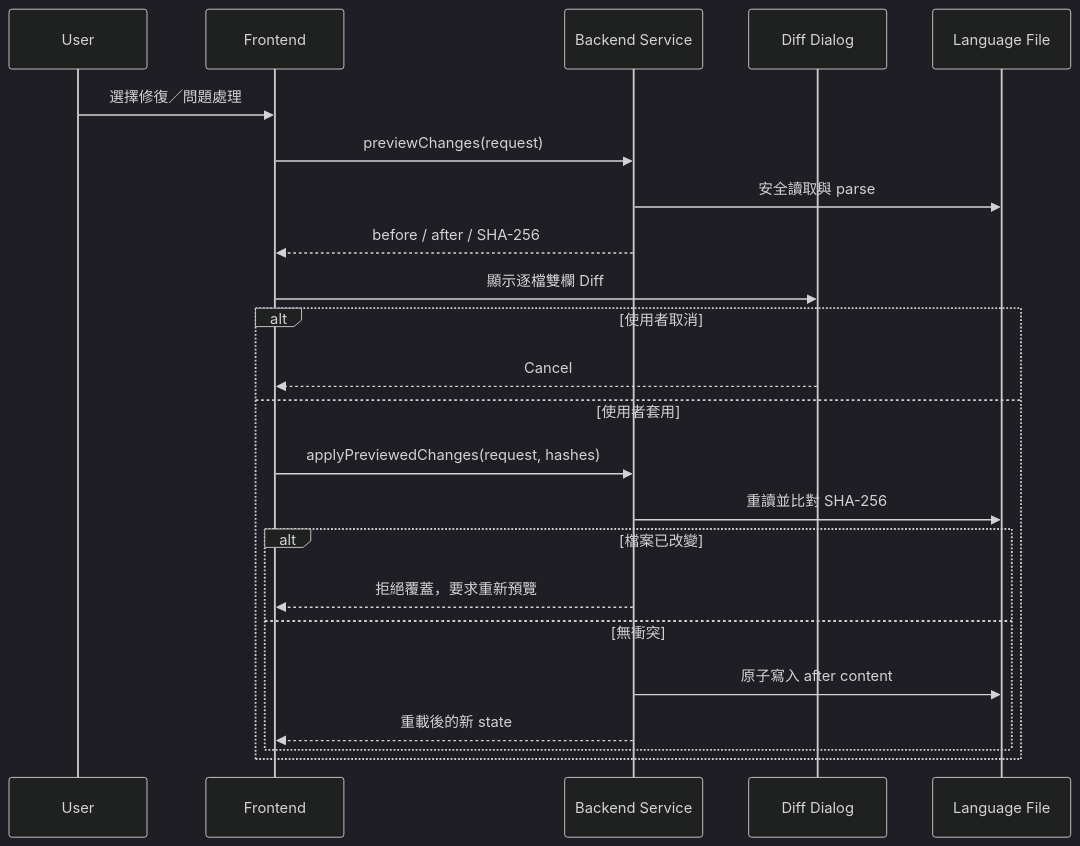
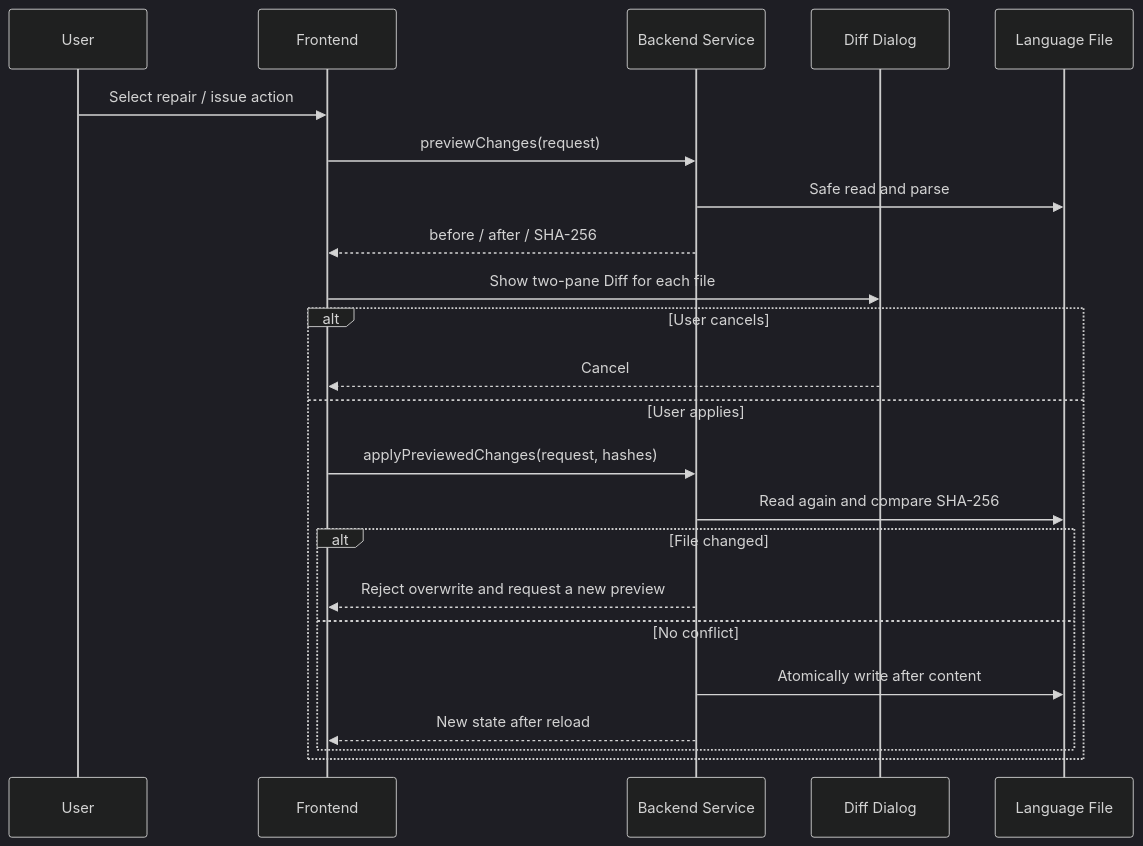
One commit to creamgod45/LanguageManage changed the second of 2 diagrams in README.md. Above: the diagram before and after it, drawn with Mermaid (dark theme). The commit also changed other lines of this file and 5 other files, not shown here.

````diff
--- a/README.md
+++ b/README.md
@@ -204,26 +206,26 @@
 ```mermaid
 sequenceDiagram
     participant U as User
     participant F as Frontend
     participant B as Backend Service
     participant D as Diff Dialog
     participant FS as Language File
 
-    U->>F: 選擇修復／問題處理
+    U->>F: Select repair / issue action
     F->>B: previewChanges(request)
-    B->>FS: 安全讀取與 parse
+    B->>FS: Safe read and parse
     B-->>F: before / after / SHA-256
-    F->>D: 顯示逐檔雙欄 Diff
-    alt 使用者取消
+    F->>D: Show two-pane Diff for each file
+    alt User cancels
         D-->>F: Cancel
-    else 使用者套用
+    else User applies
         F->>B: applyPreviewedChanges(request, hashes)
-        B->>FS: 重讀並比對 SHA-256
-        alt 檔案已改變
-            B-->>F: 拒絕覆蓋，要求重新預覽
-        else 無衝突
-            B->>FS: 原子寫入 after content
-            B-->>F: 重載後的新 state
+        B->>FS: Read again and compare SHA-256
+        alt File changed
+            B-->>F: Reject overwrite and request a new preview
+        else No conflict
+            B->>FS: Atomically write after content
+            B-->>F: New state after reload
         end
     end
 ```
````
